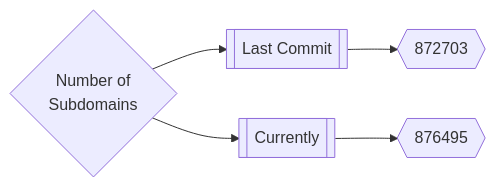
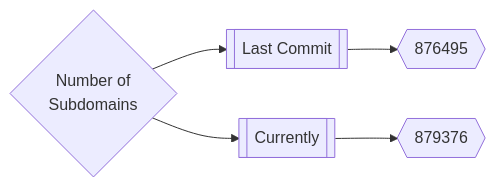
The first of 3 diagrams in README.md (trickest/inventory), drawn with Mermaid before and after one commit. The commit also changed other lines of this file, not shown here.

Commit message:
Update README.md Fri Jun 10 17:42:45 UTC 2022

````diff
--- a/README.md
+++ b/README.md
@@ -165,5 +165,5 @@
 ```mermaid
 graph LR
-title{Number of<br>Subdomains} --> subdomainsDate1[[Last Commit]] --> subdomainsNum1{{872703}}
-title --> subdomainsDate2[[Currently]] --> subdomainsNum2{{876495}}
+title{Number of<br>Subdomains} --> subdomainsDate1[[Last Commit]] --> subdomainsNum1{{876495}}
+title --> subdomainsDate2[[Currently]] --> subdomainsNum2{{879376}}
 ```
````
